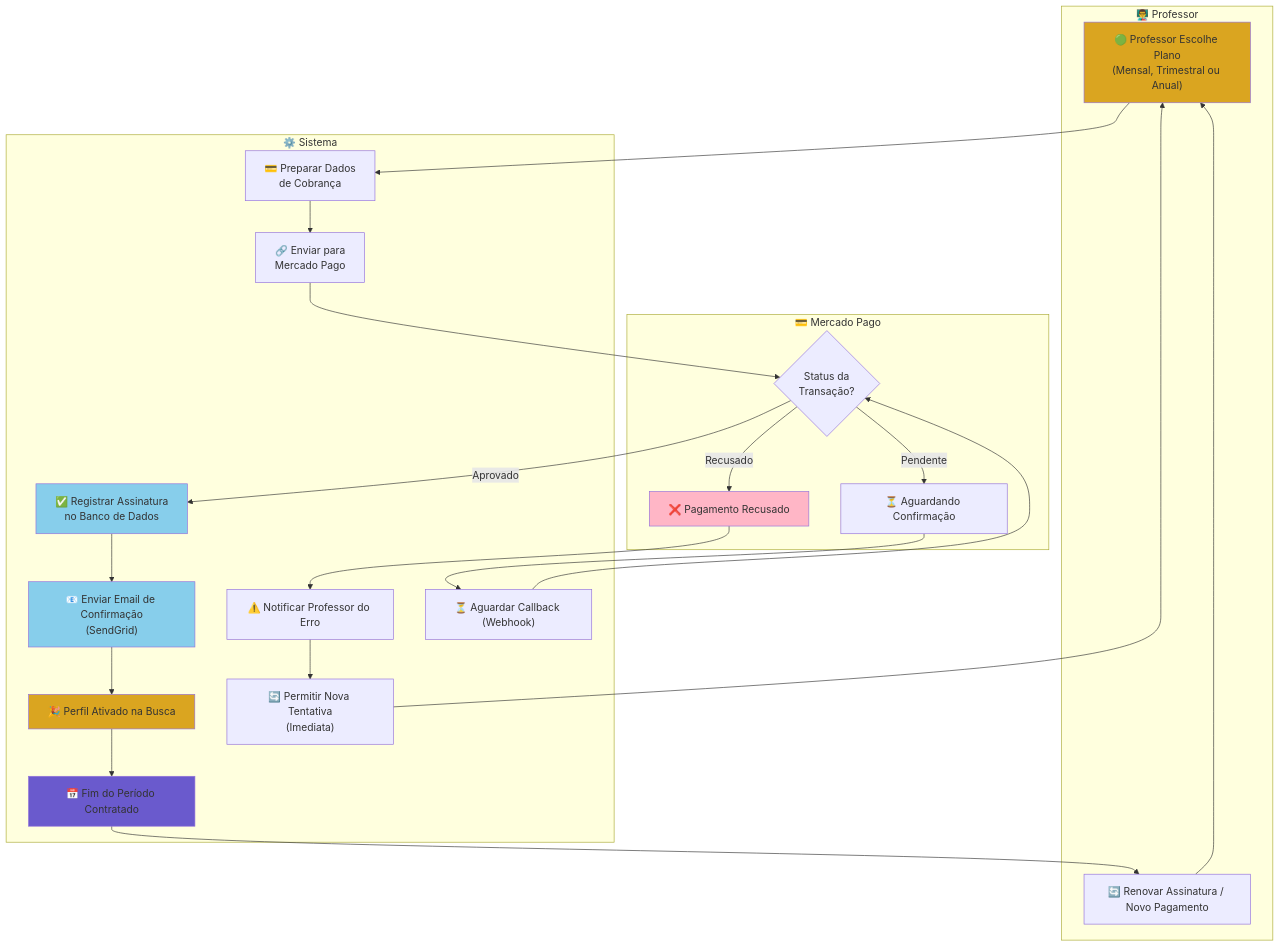
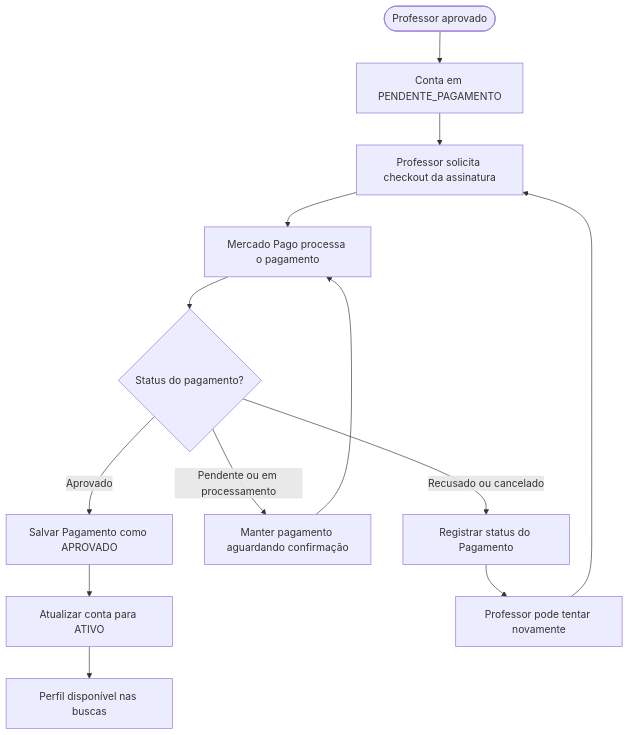
One commit to VictorHCSampaio/ConectaPro changed the fourth of 9 diagrams in BPMN_DIAGRAM.md. Above: the diagram before and after it, drawn with Mermaid. The commit also changed other lines of this file and 1 other file, not shown here.

Commit message:
docs: atualiza diagramas conforme implementacao

````diff
--- a/BPMN_DIAGRAM.md
+++ b/BPMN_DIAGRAM.md
@@ -169,49 +89,15 @@
 ```mermaid
 graph TD
-    subgraph Professor["👨‍🏫 Professor"]
-        A["🟢 Professor Escolhe Plano<br/>(Mensal, Trimestral ou Anual)"]
-        N["🔄 Renovar Assinatura / Novo Pagamento"]
-    end
-
-    subgraph Sistema["⚙️ Sistema"]
-        B["💳 Preparar Dados<br/>de Cobrança"]
-        C["🔗 Enviar para<br/>Mercado Pago"]
-        E["✅ Registrar Assinatura<br/>no Banco de Dados"]
-        H["📧 Enviar Email de Confirmação<br/>(SendGrid)"]
-        I["⚠️ Notificar Professor do Erro"]
-        J["⏳ Aguardar Callback (Webhook)"]
-        K["🎉 Perfil Ativado na Busca"]
-        L["🔄 Permitir Nova Tentativa<br/>(Imediata)"]
-        M["📅 Fim do Período Contratado"]
-    end
-
-    subgraph MercadoPago["💳 Mercado Pago"]
-        D{Status da<br/>Transação?}
-        F["❌ Pagamento Recusado"]
-        G["⏳ Aguardando Confirmação"]
-    end
-
-    A --> B
-    B --> C
-    C --> D
-    D -->|Aprovado| E
-    D -->|Recusado| F
-    D -->|Pendente| G
-    E --> H
-    F --> I
-    G --> J
-    H --> K
-    I --> L
-    K --> M
-    M --> N
-    J --> D
-    L --> A
-    N --> A
-
-    style A fill:#DAA520
-    style K fill:#DAA520
-    style E fill:#87CEEB
-    style F fill:#FFB6C6
-    style H fill:#87CEEB
-    style M fill:#6A5ACD
+    A([Professor aprovado]) --> B[Conta em PENDENTE_PAGAMENTO]
+    B --> C[Professor solicita checkout da assinatura]
+    C --> D[Mercado Pago processa o pagamento]
+    D --> E{Status do pagamento?}
+    E -- Aprovado --> F[Salvar Pagamento como APROVADO]
+    F --> G[Atualizar conta para ATIVO]
+    G --> H[Perfil disponível nas buscas]
+    E -- Pendente ou em processamento --> I[Manter pagamento aguardando confirmação]
+    I --> D
+    E -- Recusado ou cancelado --> J[Registrar status do Pagamento]
+    J --> K[Professor pode tentar novamente]
+    K --> C
 ```
````
